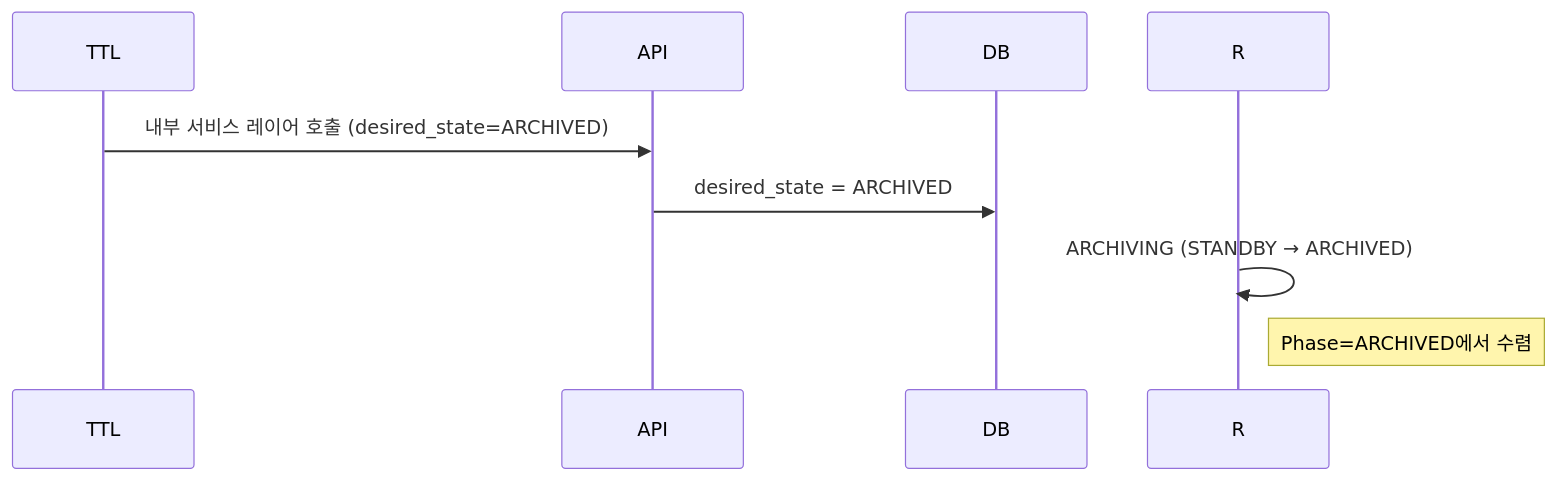
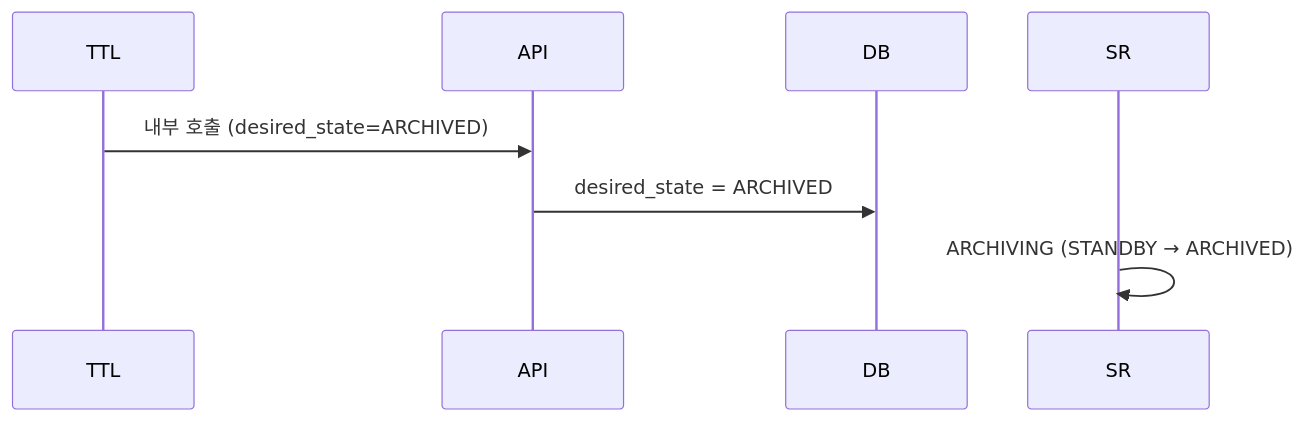
The sixth of 7 diagrams in docs/spec_v2/02-states.md (cagojeiger/code-hub), drawn with Mermaid before and after one commit. The commit also changed other lines of this file and 21 other files, not shown here.

````diff
--- a/docs/spec_v2/02-states.md
+++ b/docs/spec_v2/02-states.md
@@ -268,7 +298,6 @@
 ```mermaid
 sequenceDiagram
-    TTL->>API: 내부 서비스 레이어 호출 (desired_state=ARCHIVED)
+    TTL->>API: 내부 호출 (desired_state=ARCHIVED)
     API->>DB: desired_state = ARCHIVED
-    R->>R: ARCHIVING (STANDBY → ARCHIVED)
-    Note right of R: Phase=ARCHIVED에서 수렴
+    SR->>SR: ARCHIVING (STANDBY → ARCHIVED)
 ```
````
